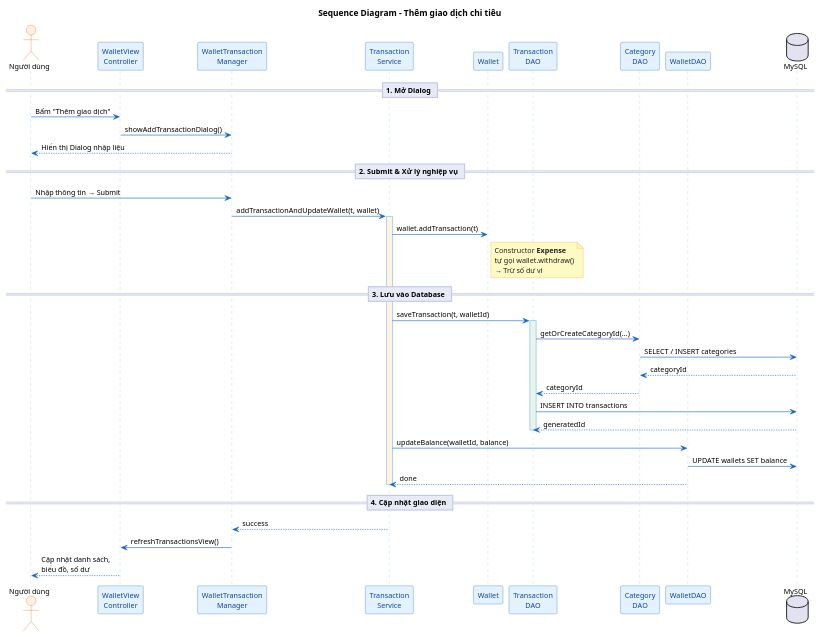
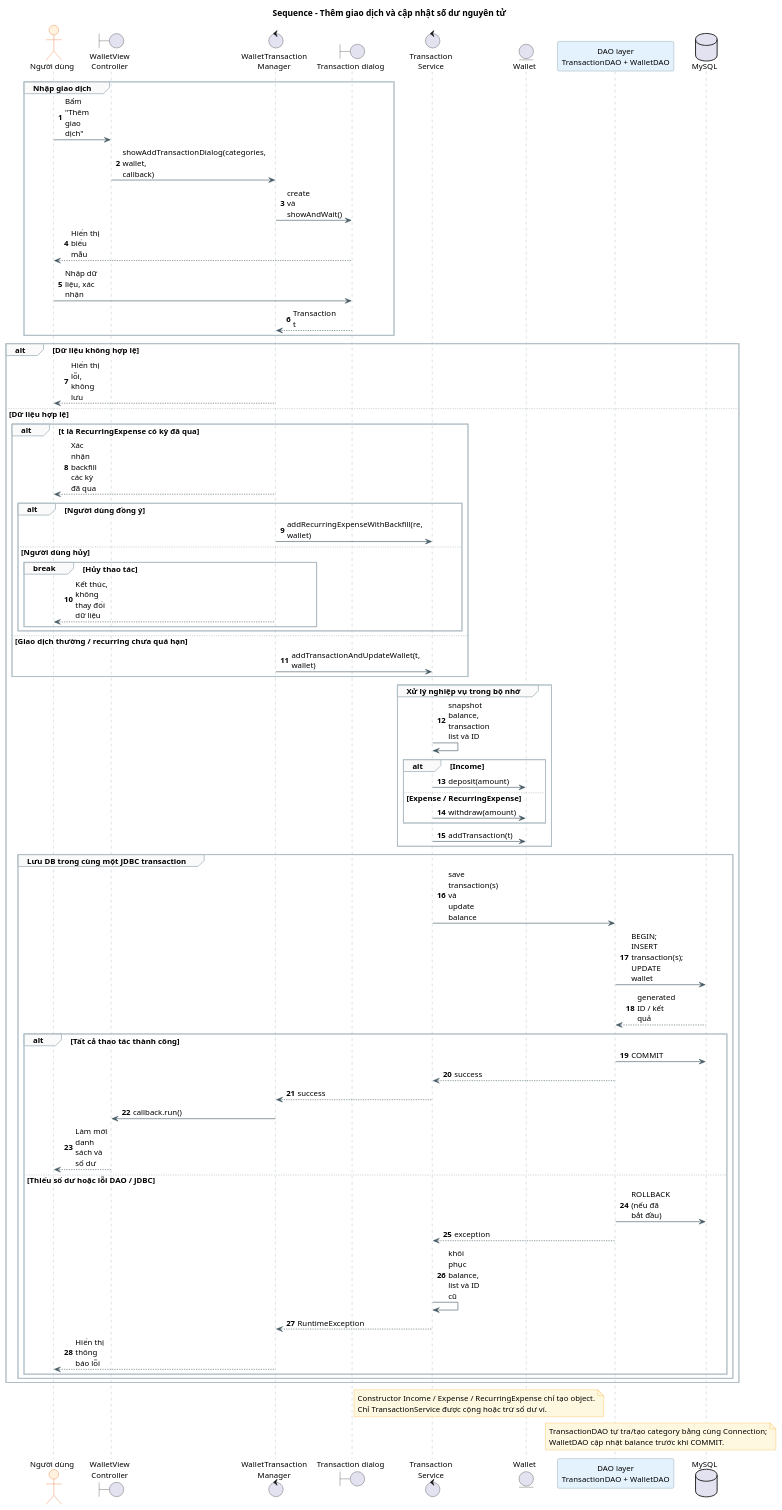
The diagram in docs/uml/Sequence_AddTransaction.puml (INT2204-80/OOP_Expenses_Manager), drawn with PlantUML before and after one commit. The commit also changed 33 other files, not shown here.

```diff
--- a/docs/uml/Sequence_AddTransaction.puml
+++ b/docs/uml/Sequence_AddTransaction.puml
@@ -1,86 +1,104 @@
 @startuml Sequence_AddTransaction
-' ====== CLEAN LIGHT THEME ======
+
 skinparam backgroundColor white
 skinparam defaultFontName "Segoe UI"
-skinparam defaultFontSize 12
+skinparam defaultFontSize 13
 skinparam shadowing false
-
+skinparam maxMessageSize 55
 skinparam sequence {
-    ArrowColor #1565C0
-    LifeLineBorderColor #90CAF9
-    LifeLineBackgroundColor #F5F5F5
-    ParticipantBorderColor #1565C0
+    ArrowColor #455A64
+    LifeLineBorderColor #90A4AE
+    LifeLineBackgroundColor #FAFAFA
+    ParticipantBorderColor #607D8B
     ParticipantBackgroundColor #E3F2FD
-    ParticipantFontColor #0D47A1
     ActorBorderColor #E65100
     ActorBackgroundColor #FFF3E0
-    DividerBackgroundColor #E8EAF6
-    DividerBorderColor #C5CAE9
     GroupBackgroundColor #FAFAFA
-    GroupBorderColor #BDBDBD
+    GroupBorderColor #B0BEC5
+    ParticipantPadding 20
+    BoxPadding 10
 }
 skinparam note {
-    BackgroundColor #FFF9C4
+    BackgroundColor #FFF8E1
     BorderColor #F9A825
-    FontColor #212121
 }
 
-title Sequence Diagram – Thêm giao dịch chi tiêu
+title Sequence - Thêm giao dịch và cập nhật số dư nguyên tử
+autonumber
 
 actor "Người dùng" as User
-participant "WalletView\nController" as UI
-participant "WalletTransaction\nManager" as TM
-participant "Transaction\nService" as TS
-participant "Wallet" as W
-participant "Transaction\nDAO" as TDAO
-participant "Category\nDAO" as CDAO
-participant "WalletDAO" as WDAO
+boundary "WalletView\nController" as Controller
+control "WalletTransaction\nManager" as Manager
+boundary "Transaction dialog" as Dialog
+control "Transaction\nService" as Service
+entity "Wallet" as Wallet
+participant "DAO layer\nTransactionDAO + WalletDAO" as DAO
 database "MySQL" as DB
 
-== 1. Mở Dialog ==
+group Nhập giao dịch
+    User -> Controller : Bấm "Thêm giao dịch"
+    Controller -> Manager : showAddTransactionDialog(categories, wallet, callback)
+    Manager -> Dialog : create và showAndWait()
+    Dialog --> User : Hiển thị biểu mẫu
+    User -> Dialog : Nhập dữ liệu, xác nhận
+    Dialog --> Manager : Transaction t
+end
 
-User -> UI : Bấm "Thêm giao dịch"
-UI -> TM : showAddTransactionDialog()
-TM --> User : Hiển thị Dialog nhập liệu
+alt Dữ liệu không hợp lệ
+    Manager --> User : Hiển thị lỗi, không lưu
+else Dữ liệu hợp lệ
+    alt t là RecurringExpense có kỳ đã qua
+        Manager --> User : Xác nhận backfill các kỳ đã qua
+        alt Người dùng đồng ý
+            Manager -> Service : addRecurringExpenseWithBackfill(re, wallet)
+        else Người dùng hủy
+            break Hủy thao tác
+                Manager --> User : Kết thúc, không thay đổi dữ liệu
+            end
+        end
+    else Giao dịch thường / recurring chưa quá hạn
+        Manager -> Service : addTransactionAndUpdateWallet(t, wallet)
+    end
 
-== 2. Submit & Xử lý nghiệp vụ ==
+    group Xử lý nghiệp vụ trong bộ nhớ
+        Service -> Service : snapshot balance, transaction list và ID
+        alt Income
+            Service -> Wallet : deposit(amount)
+        else Expense / RecurringExpense
+            Service -> Wallet : withdraw(amount)
+        end
+        Service -> Wallet : addTransaction(t)
+    end
 
-User -> TM : Nhập thông tin → Submit
+    group Lưu DB trong cùng một JDBC transaction
+        Service -> DAO : save transaction(s) và update balance
+        DAO -> DB : BEGIN; INSERT transaction(s); UPDATE wallet
+        DB --> DAO : generated ID / kết quả
 
-TM -> TS : addTransactionAndUpdateWallet(t, wallet)
-activate TS #FFF3E0
+        alt Tất cả thao tác thành công
+            DAO -> DB : COMMIT
+            DAO --> Service : success
+            Service --> Manager : success
+            Manager -> Controller : callback.run()
+            Controller --> User : Làm mới danh sách và số dư
+        else Thiếu số dư hoặc lỗi DAO / JDBC
+            DAO -> DB : ROLLBACK (nếu đã bắt đầu)
+            DAO --> Service : exception
+            Service -> Service : khôi phục balance, list và ID cũ
+            Service --> Manager : RuntimeException
+            Manager --> User : Hiển thị thông báo lỗi
+        end
+    end
+end
 
-TS -> W : wallet.addTransaction(t)
-note right of W
-  Constructor **Expense**
-  tự gọi wallet.withdraw()
-  → Trừ số dư ví
+note over Service, Wallet
+  Constructor Income / Expense / RecurringExpense chỉ tạo object.
+  Chỉ TransactionService được cộng hoặc trừ số dư ví.
 end note
 
-== 3. Lưu vào Database ==
-
-TS -> TDAO : saveTransaction(t, walletId)
-activate TDAO #E8F5E9
-
-TDAO -> CDAO : getOrCreateCategoryId(...)
-CDAO -> DB : SELECT / INSERT categories
-DB --> CDAO : categoryId
-CDAO --> TDAO : categoryId
-
-TDAO -> DB : INSERT INTO transactions
-DB --> TDAO : generatedId
-deactivate TDAO
-
-TS -> WDAO : updateBalance(walletId, balance)
-WDAO -> DB : UPDATE wallets SET balance
-WDAO --> TS : done
-
-deactivate TS
-
-== 4. Cập nhật giao diện ==
-
-TS --> TM : success
-TM -> UI : refreshTransactionsView()
-UI --> User : Cập nhật danh sách,\nbiểu đồ, số dư
+note over DAO, DB
+  TransactionDAO tự tra/tạo category bằng cùng Connection;
+  WalletDAO cập nhật balance trước khi COMMIT.
+end note
 
 @enduml
```
